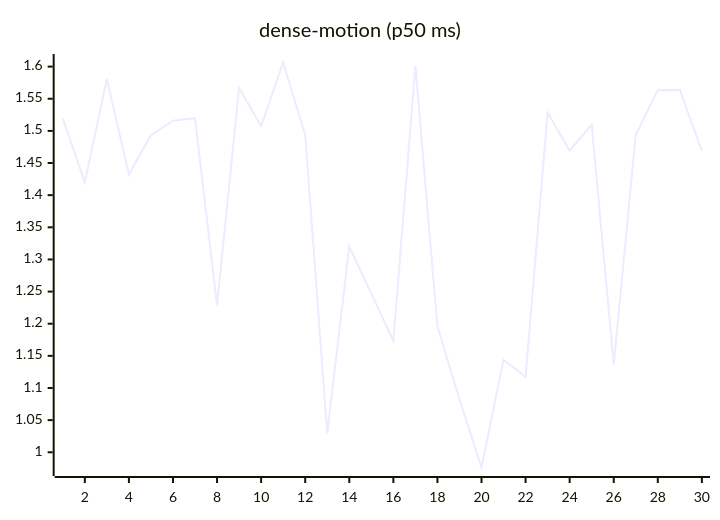
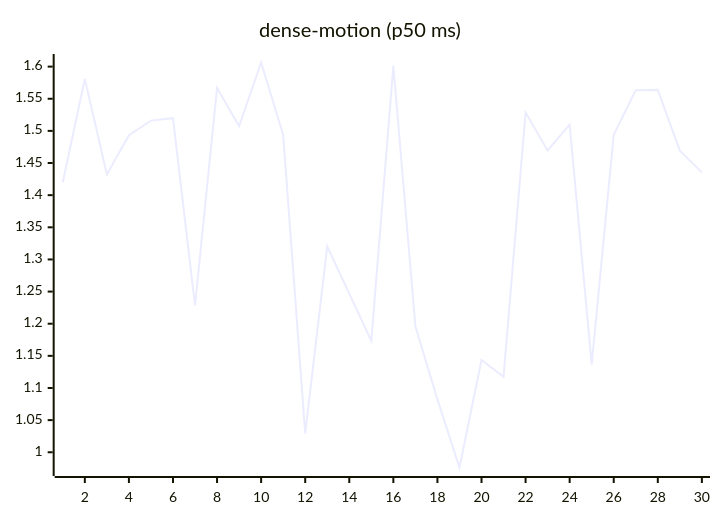
One commit to josha/Facet changed the ninth of 27 diagrams in README.md. Above: the diagram before and after it, drawn with Mermaid. The commit also changed other lines of this file and 2 other files, not shown here.

````diff
--- a/README.md
+++ b/README.md
@@ -119,6 +119,6 @@
 ```mermaid
 xychart-beta
     title "dense-motion (p50 ms)"
     x-axis 1 --> 30
-    line [1.5193, 1.4201, 1.5809, 1.4323, 1.4933, 1.5160, 1.5198, 1.2285, 1.5668, 1.5073, 1.6064, 1.4938, 1.0293, 1.3202, 1.2469, 1.1733, 1.6011, 1.1959, 1.0823, 0.9763, 1.1436, 1.1174, 1.5286, 1.4695, 1.5096, 1.1365, 1.4939, 1.5634, 1.5638, 1.4692]
+    line [1.4201, 1.5809, 1.4323, 1.4933, 1.5160, 1.5198, 1.2285, 1.5668, 1.5073, 1.6064, 1.4938, 1.0293, 1.3202, 1.2469, 1.1733, 1.6011, 1.1959, 1.0823, 0.9763, 1.1436, 1.1174, 1.5286, 1.4695, 1.5096, 1.1365, 1.4939, 1.5634, 1.5638, 1.4692, 1.4355]
 ```
````
